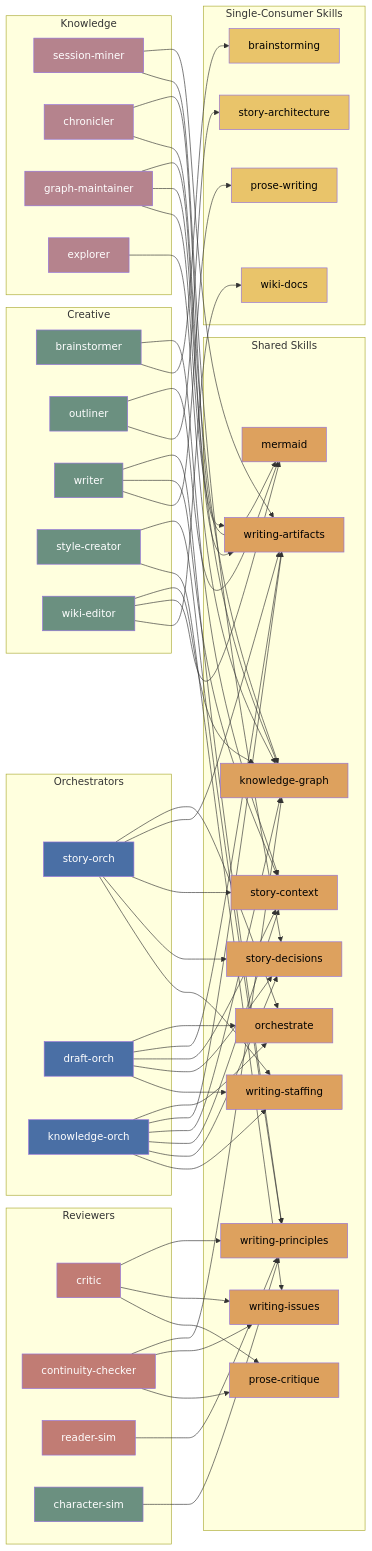
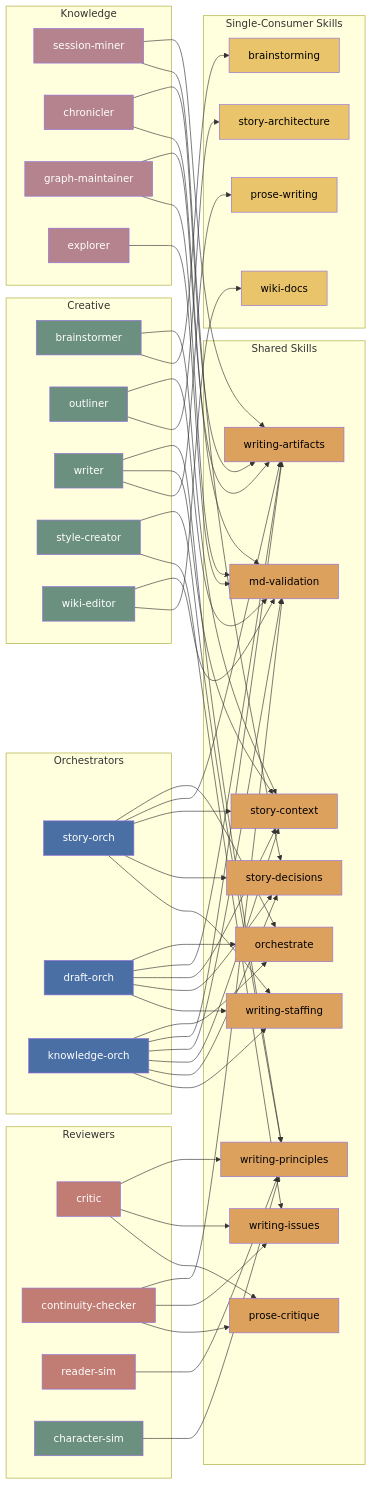
The second of 4 diagrams in docs/architecture.md (haowjy/creative-writing-skills), drawn with Mermaid before and after one commit. The commit also changed other lines of this file and 9 other files, not shown here.

````diff
--- a/docs/architecture.md
+++ b/docs/architecture.md
@@ -75,13 +75,12 @@
     subgraph "Shared Skills"
         OR[orchestrate]
         WA[writing-artifacts]
-        KG[knowledge-graph]
+        MV[md-validation]
         WP[writing-principles]
         SCtx[story-context]
         SD[story-decisions]
         WS[writing-staffing]
         WI[writing-issues]
-        MM[mermaid]
         PC[prose-critique]
     end
 
@@ -105,13 +104,14 @@
     GM --> WA
     SM --> WA
 
-    %% knowledge-graph — 6 agents
-    KO --> KG
-    CH --> KG
-    CC --> KG
-    EX --> KG
-    GM --> KG
-    WE --> KG
+    %% md-validation — 7 agents (from meridian-base)
+    KO --> MV
+    CH --> MV
+    CC --> MV
+    EX --> MV
+    GM --> MV
+    OL --> MV
+    WE --> MV
 
     %% writing-principles — 5 agents
     WR --> WP
@@ -143,11 +143,6 @@
     CC --> WI
     SC --> WI
 
-    %% mermaid — 3 agents
-    OL --> MM
-    GM --> MM
-    WE --> MM
-
     %% prose-critique — 2 agents
     CR --> PC
     CC --> PC
@@ -169,6 +164,6 @@
     class BS,OL,WR,SC,WE,CS creative
     class CR,CC,RS review
     class SM,CH,GM,EX knowledge
-    class OR,WA,KG,WP,SCtx,SD,WS,WI,MM,PC sharedSkill
+    class OR,WA,MV,WP,SCtx,SD,WS,WI,PC sharedSkill
     class BRS,SA,WD,PW soloSkill
 ```
````
